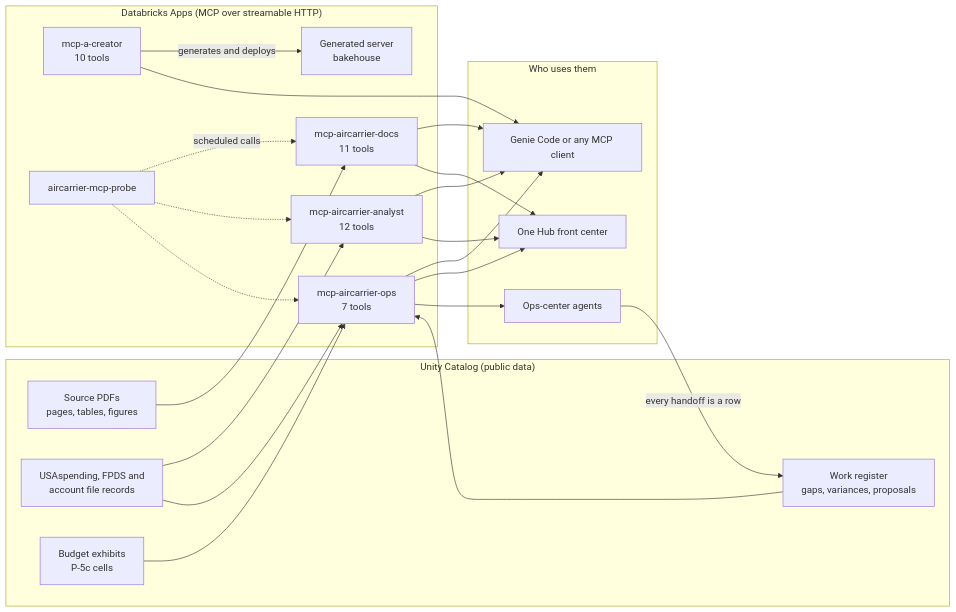
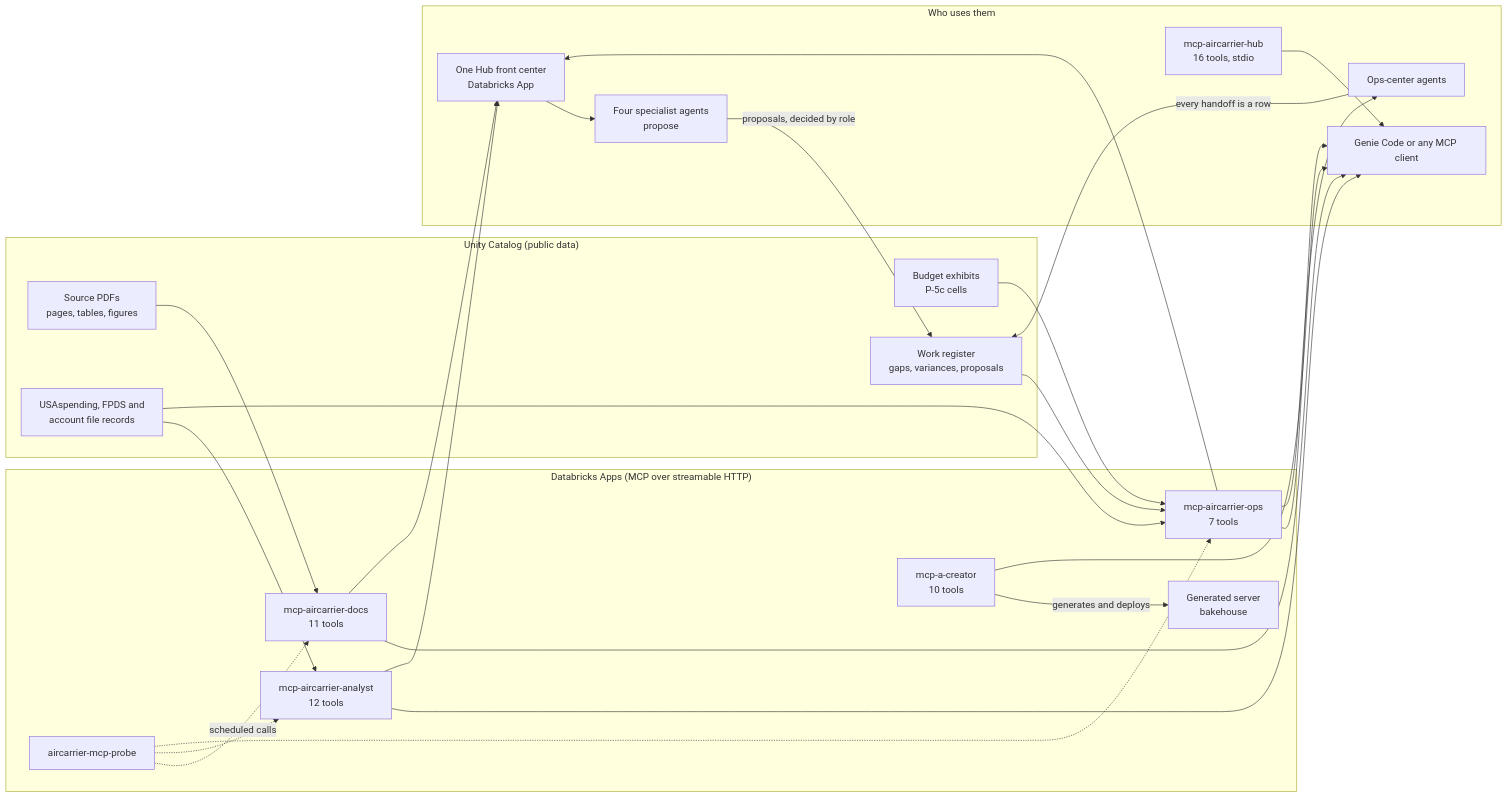
Before and after one commit to gsa-mcp-hackathon/gsa-hackathon-mcp-creator-and-agent-for-air-carrier: the second of 2 diagrams in README.md, drawn with Mermaid. The commit also changed other lines of this file, not shown here.

First line of the commit message:
README: lead with the reusable architecture; agent workflows and role approval section

````diff
--- a/README.md
+++ b/README.md
@@ -333,40 +386,45 @@
 ```mermaid
 flowchart LR
   subgraph Data["Unity Catalog (public data)"]
     PDF[Source PDFs<br/>pages, tables, figures]
     TX[USAspending, FPDS and<br/>account file records]
     EX[Budget exhibits<br/>P-5c cells]
     WR[Work register<br/>gaps, variances, proposals]
   end
   subgraph Apps["Databricks Apps (MCP over streamable HTTP)"]
     CR[mcp-a-creator<br/>10 tools]
     DOC[mcp-aircarrier-docs<br/>11 tools]
     AN[mcp-aircarrier-analyst<br/>12 tools]
     OPS[mcp-aircarrier-ops<br/>7 tools]
     GEN[Generated server<br/>bakehouse]
     PR[aircarrier-mcp-probe]
   end
   subgraph Use["Who uses them"]
     GC[Genie Code or any MCP client]
-    FC[One Hub front center]
+    FC[One Hub front center<br/>Databricks App]
+    SP[Four specialist agents<br/>propose]
     AG[Ops-center agents]
+    HUB[mcp-aircarrier-hub<br/>16 tools, stdio]
   end
   PDF --> DOC
   TX --> AN
   TX --> OPS
   EX --> OPS
   WR --> OPS
   CR -- generates and deploys --> GEN
   DOC --> GC
   AN --> GC
   OPS --> GC
   CR --> GC
   DOC --> FC
   AN --> FC
   OPS --> FC
   OPS --> AG
+  FC --> SP
+  SP -- proposals, decided by role --> WR
+  HUB --> GC
   AG -- every handoff is a row --> WR
   PR -. scheduled calls .-> DOC
   PR -.-> AN
   PR -.-> OPS
 ```
````
